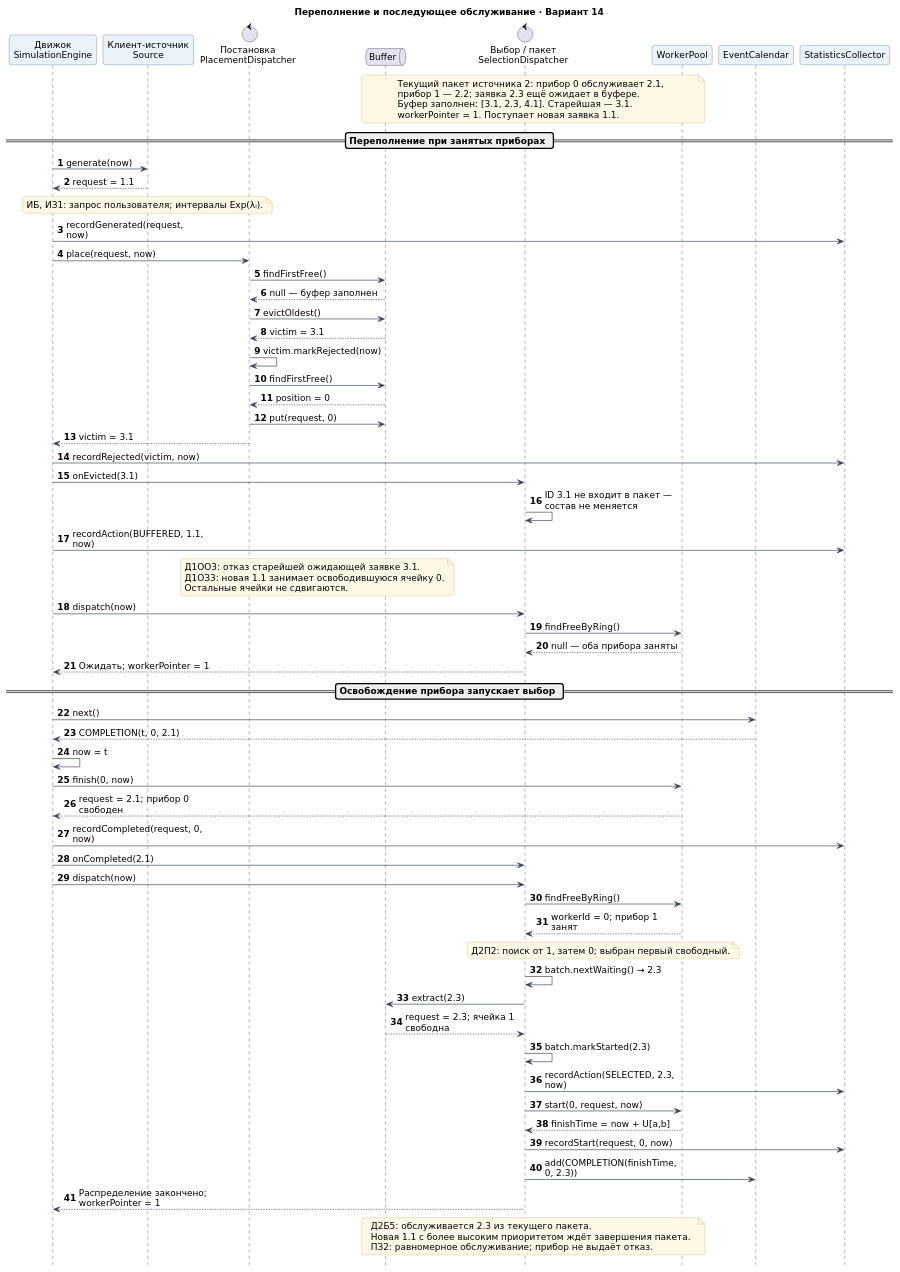
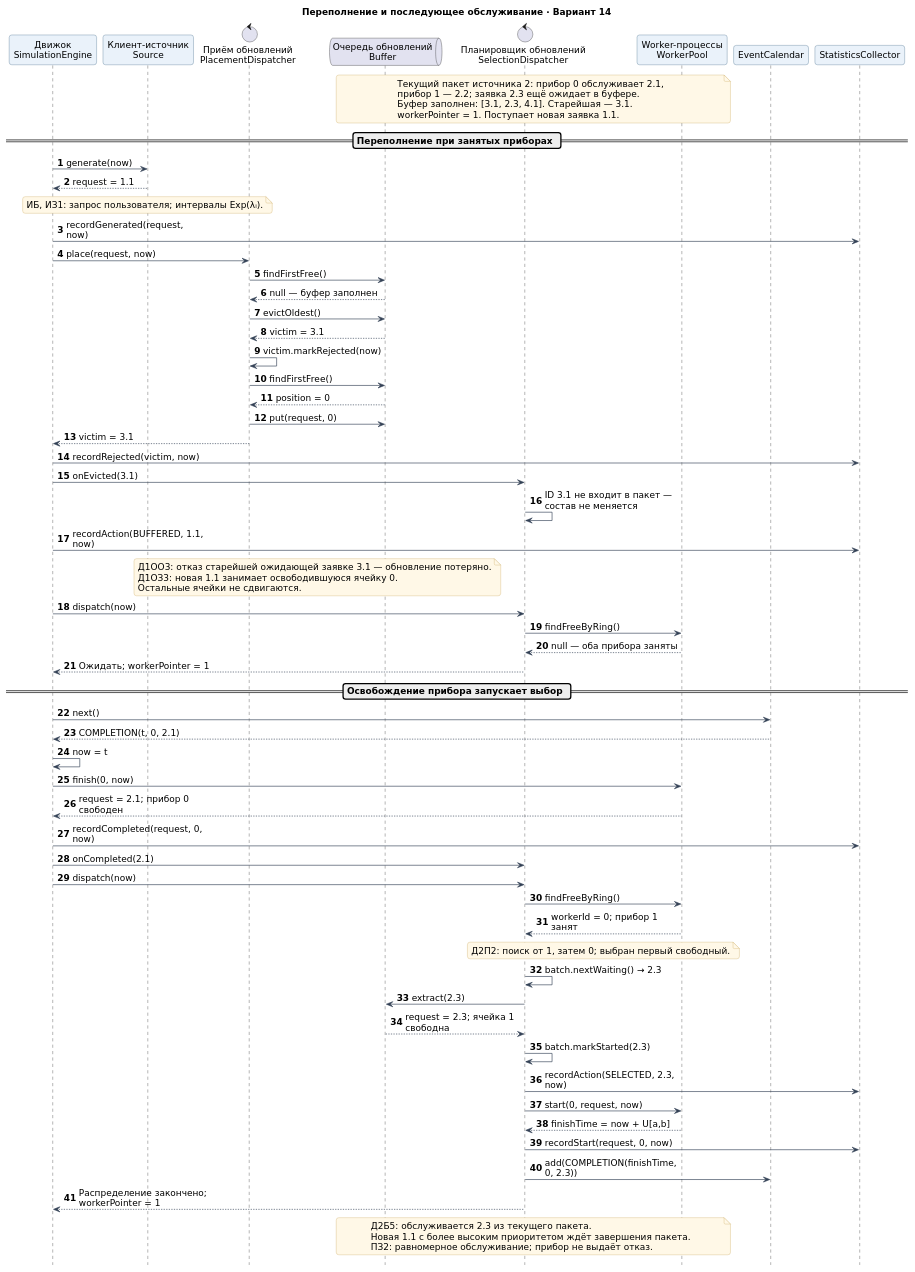
One commit to Danya-byte/learn-aps changed the diagram in docs/diagrams/sequence/overflow.puml. Above: the diagram before and after it, drawn with PlantUML. The commit also changed 61 other files, not shown here.

```diff
--- a/docs/diagrams/sequence/overflow.puml
+++ b/docs/diagrams/sequence/overflow.puml
@@ -1,98 +1,98 @@
 @startuml
 skinparam defaultFontName DejaVu Sans
 skinparam defaultFontSize 14
 skinparam backgroundColor White
 skinparam shadowing false
 skinparam ArrowColor #334155
 skinparam LineColor #334155
 skinparam roundcorner 8
 skinparam NoteBackgroundColor #FFF8E7
 skinparam NoteBorderColor #C9A75A
 skinparam ParticipantBackgroundColor #EAF2FA
 skinparam ParticipantBorderColor #3C6382
 skinparam classBackgroundColor #F4F8FC
 skinparam classBorderColor #3C6382
 skinparam activityBackgroundColor #F4F8FC
 skinparam activityBorderColor #3C6382
 skinparam activityDiamondBackgroundColor #FFF8E7
 skinparam activityDiamondBorderColor #C9A75A
 skinparam swimlaneTitleBackgroundColor #EAF2FA
 skinparam swimlaneBorderColor #94A3B8
 skinparam maxMessageSize 90
 hide footbox
 skinparam maxMessageSize 210
 autonumber
 title Переполнение и последующее обслуживание · Вариант 14
 
 participant "Движок\nSimulationEngine" as E
 participant "Клиент-источник\nSource" as S
-control "Постановка\nPlacementDispatcher" as P
-queue "Buffer" as B
-control "Выбор / пакет\nSelectionDispatcher" as D
-participant "WorkerPool" as W
+control "Приём обновлений\nPlacementDispatcher" as P
+queue "Очередь обновлений\nBuffer" as B
+control "Планировщик обновлений\nSelectionDispatcher" as D
+participant "Worker-процессы\nWorkerPool" as W
 participant "EventCalendar" as C
 participant "StatisticsCollector" as ST
 
 note over B,W
 Текущий пакет источника 2: прибор 0 обслуживает 2.1,
 прибор 1 — 2.2; заявка 2.3 ещё ожидает в буфере.
 Буфер заполнен: [3.1, 2.3, 4.1]. Старейшая — 3.1.
 workerPointer = 1. Поступает новая заявка 1.1.
 end note
 == Переполнение при занятых приборах ==
 E -> S: generate(now)
 S --> E: request = 1.1
 note over S: ИБ, ИЗ1: запрос пользователя; интервалы Exp(λᵢ).
 E -> ST: recordGenerated(request, now)
 E -> P: place(request, now)
 P -> B: findFirstFree()
 B --> P: null — буфер заполнен
 P -> B: evictOldest()
 B --> P: victim = 3.1
 P -> P: victim.markRejected(now)
 P -> B: findFirstFree()
 B --> P: position = 0
 P -> B: put(request, 0)
 P --> E: victim = 3.1
 E -> ST: recordRejected(victim, now)
 E -> D: onEvicted(3.1)
 D -> D: ID 3.1 не входит в пакет — состав не меняется
 E -> ST: recordAction(BUFFERED, 1.1, now)
 note over P,B
-Д1ОО3: отказ старейшей ожидающей заявке 3.1.
+Д1ОО3: отказ старейшей ожидающей заявке 3.1 — обновление потеряно.
 Д1ОЗ3: новая 1.1 занимает освободившуюся ячейку 0.
 Остальные ячейки не сдвигаются.
 end note
 E -> D: dispatch(now)
 D -> W: findFreeByRing()
 W --> D: null — оба прибора заняты
 D --> E: Ожидать; workerPointer = 1
 == Освобождение прибора запускает выбор ==
 E -> C: next()
 C --> E: COMPLETION(t, 0, 2.1)
 E -> E: now = t
 E -> W: finish(0, now)
 W --> E: request = 2.1; прибор 0 свободен
 E -> ST: recordCompleted(request, 0, now)
 E -> D: onCompleted(2.1)
 E -> D: dispatch(now)
 D -> W: findFreeByRing()
 W --> D: workerId = 0; прибор 1 занят
 note over D,W: Д2П2: поиск от 1, затем 0; выбран первый свободный.
 D -> D: batch.nextWaiting() → 2.3
 D -> B: extract(2.3)
 B --> D: request = 2.3; ячейка 1 свободна
 D -> D: batch.markStarted(2.3)
 D -> ST: recordAction(SELECTED, 2.3, now)
 D -> W: start(0, request, now)
 W --> D: finishTime = now + U[a,b]
 D -> ST: recordStart(request, 0, now)
 D -> C: add(COMPLETION(finishTime, 0, 2.3))
 D --> E: Распределение закончено; workerPointer = 1
 note over B,W
 Д2Б5: обслуживается 2.3 из текущего пакета.
 Новая 1.1 с более высоким приоритетом ждёт завершения пакета.
 ПЗ2: равномерное обслуживание; прибор не выдаёт отказ.
 end note
 
 @enduml
```
